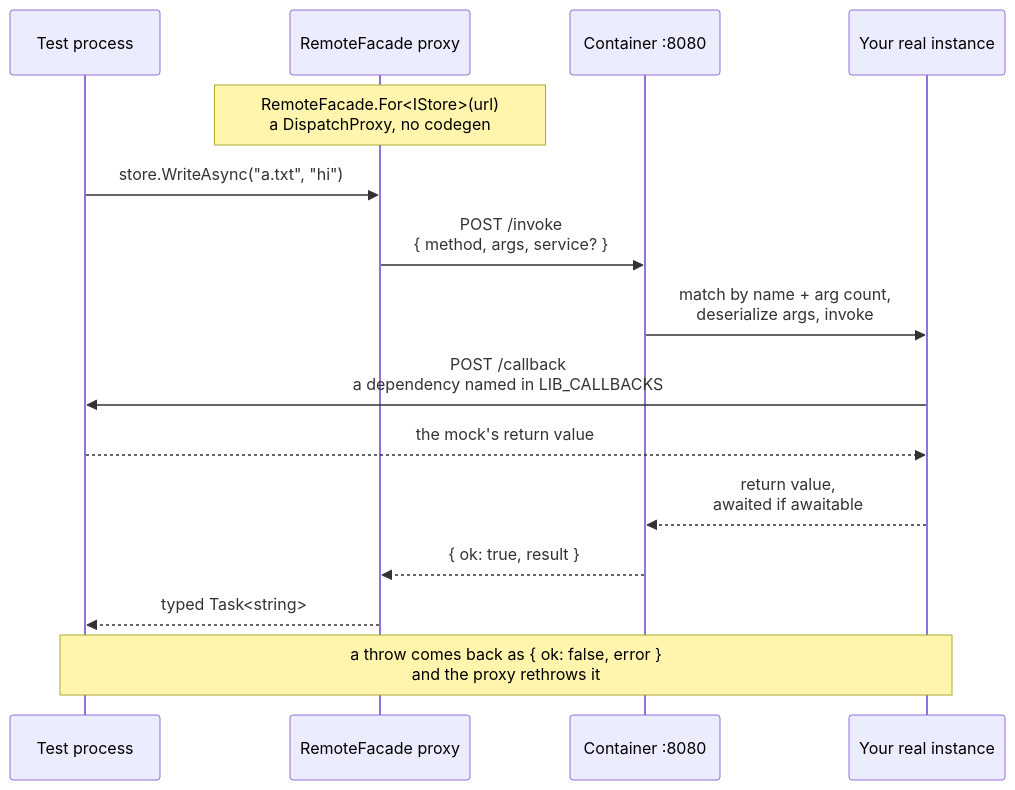
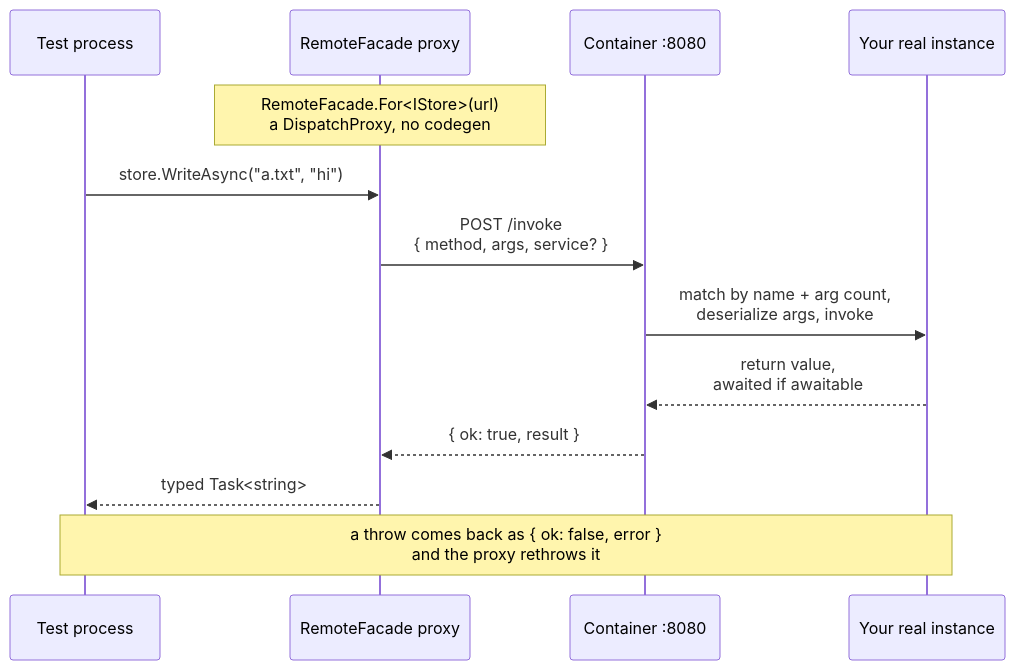
One commit to drewlane-dev/remote-facade-host changed the second of 2 diagrams in README.md. Above: the diagram before and after it, drawn with Mermaid. The commit also changed other lines of this file and 13 other files, not shown here.

````diff
--- a/README.md
+++ b/README.md
@@ -59,22 +65,19 @@
 ```mermaid
 sequenceDiagram
     participant test as Test process
     participant proxy as RemoteFacade proxy
     participant host as Container :8080
     participant real as Your real instance
 
     Note over proxy: RemoteFacade.For#lt;IStore#gt;(url)<br/>a DispatchProxy, no codegen
 
     test->>proxy: store.WriteAsync("a.txt", "hi")
     proxy->>host: POST /invoke<br/>{ method, args, service? }
     host->>real: match by name + arg count,<br/>deserialize args, invoke
 
-    real->>test: POST /callback<br/>a dependency named in LIB_CALLBACKS
-    test-->>real: the mock's return value
-
     real-->>host: return value,<br/>awaited if awaitable
     host-->>proxy: { ok: true, result }
     proxy-->>test: typed Task#lt;string#gt;
 
     Note over test,real: a throw comes back as { ok: false, error }<br/>and the proxy rethrows it
 ```
````
